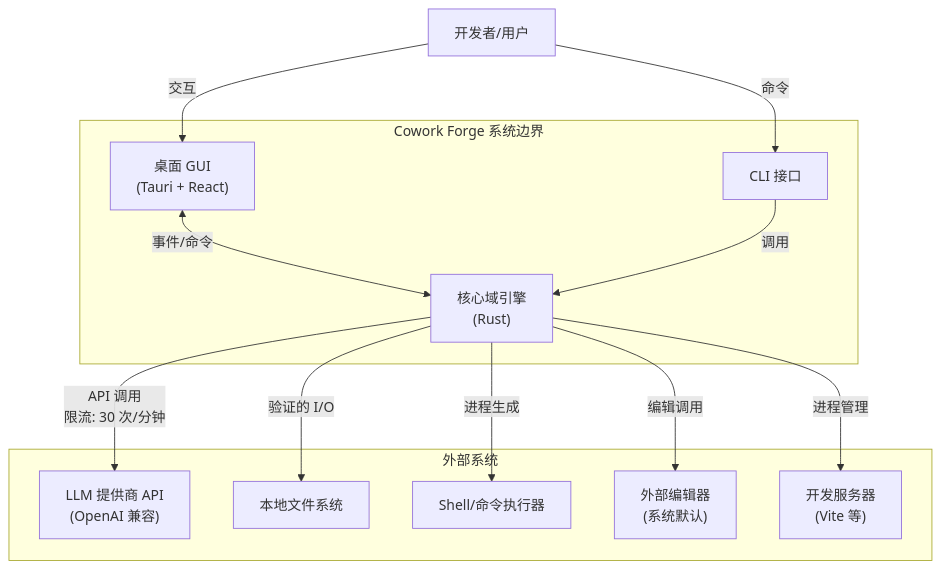
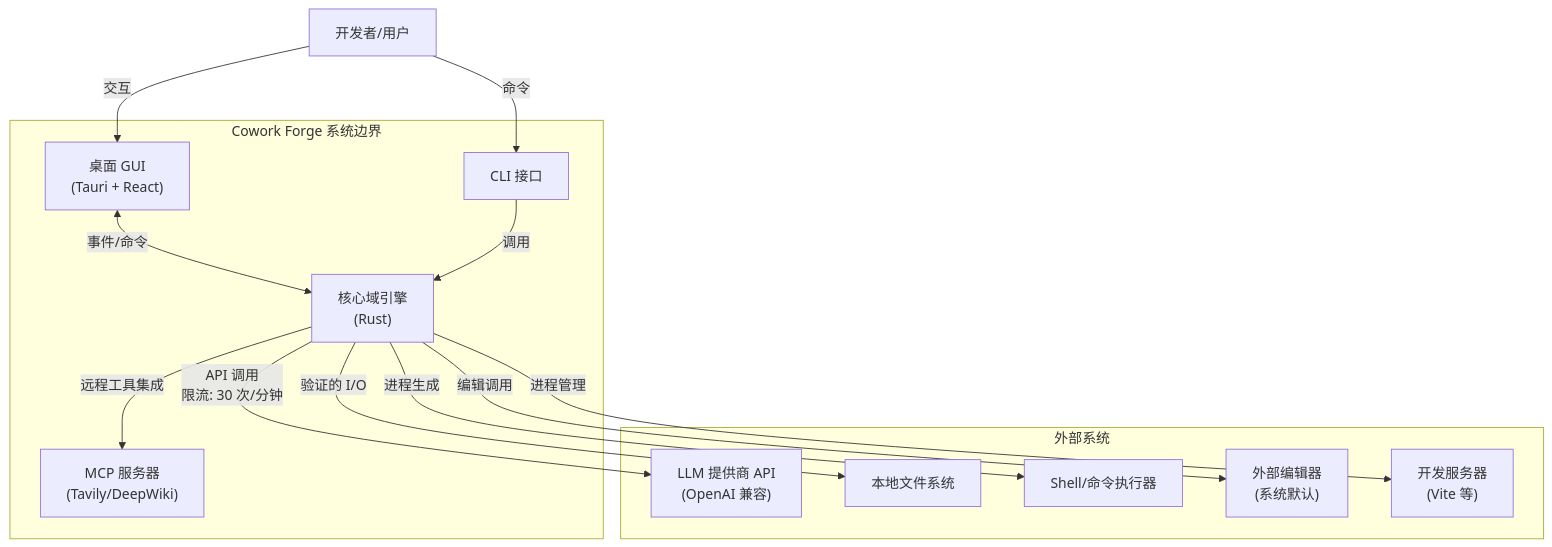
Before and after one commit to sopaco/cowork-forge: the second of 18 diagrams in litho.docs/zh/2、架构概览.md, drawn with Mermaid. The commit also changed other lines of this file and 9 other files, not shown here.

````diff
--- a/litho.docs/zh/2、架构概览.md
+++ b/litho.docs/zh/2、架构概览.md
@@ -109,27 +111,31 @@
 ```mermaid
 flowchart TB
     subgraph CoworkForge["Cowork Forge 系统边界"]
         Core["核心域引擎<br/>(Rust)"]
         CLI["CLI 接口"]
         GUI["桌面 GUI<br/>(Tauri + React)"]
+        MCP["MCP 服务器<br/>(Tavily/DeepWiki)"]
     end
     
     subgraph External["外部系统"]
         LLM["LLM 提供商 API<br/>(OpenAI 兼容)"]
         FS["本地文件系统"]
         Shell["Shell/命令执行器"]
         Editor["外部编辑器<br/>(系统默认)"]
         DevServer["开发服务器<br/>(Vite 等)"]
+        MCP["MCP 服务器<br/>(Tavily/DeepWiki)"]
     end
+        MCP["MCP 服务器<br/>(Tavily/DeepWiki)"]
     
     User["开发者/用户"] -->|命令| CLI
     User -->|交互| GUI
     GUI <-->|事件/命令| Core
     CLI -->|调用| Core
     
     Core -->|API 调用<br/>限流: 30 次/分钟| LLM
     Core -->|验证的 I/O| FS
     Core -->|进程生成| Shell
     Core -->|编辑调用| Editor
     Core -->|进程管理| DevServer
+    Core -->|远程工具集成| MCP
 ```
````
